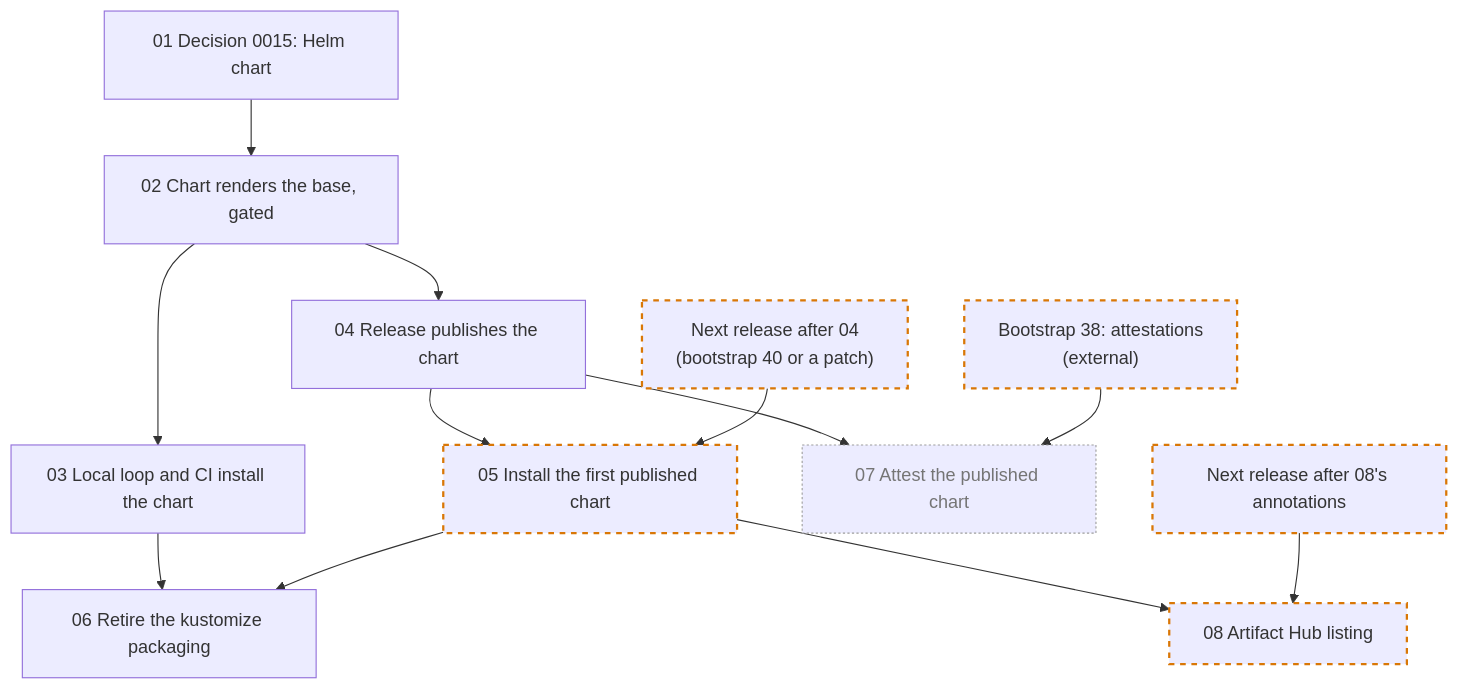
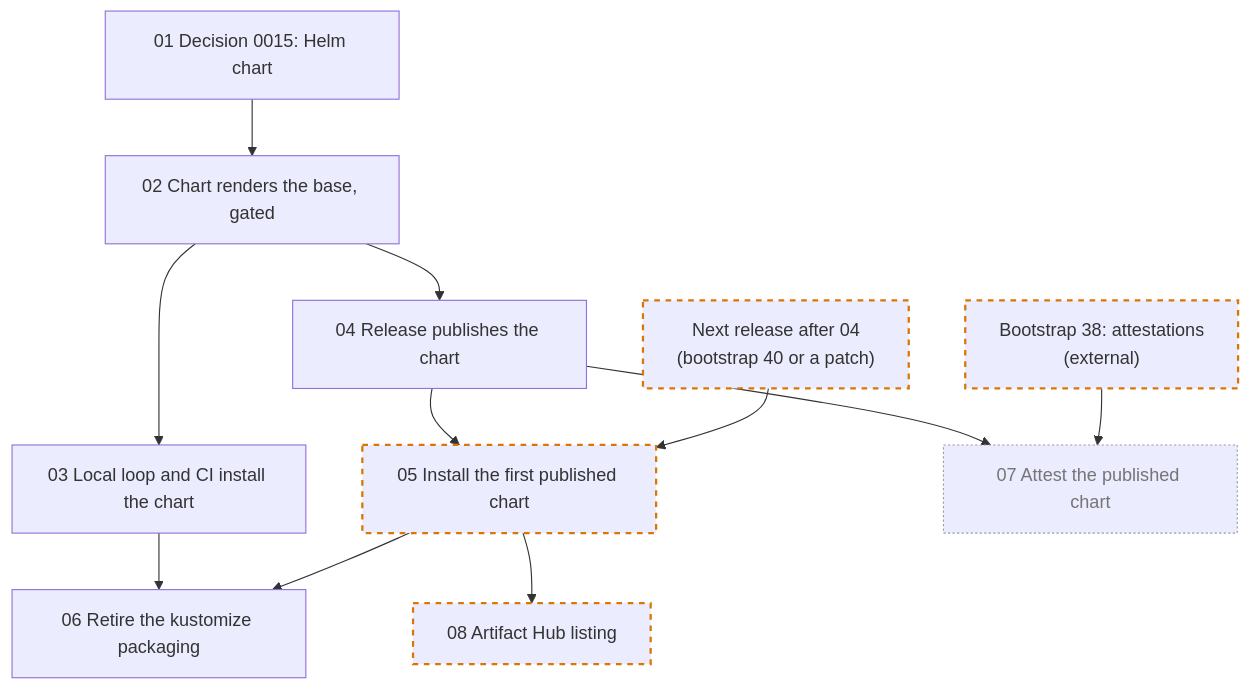
Before and after one commit to BiscuitBin/knarr: the diagram in .scratch/helm-chart/README.md, drawn with Mermaid. The commit also changed other lines of this file and 3 other files, not shown here.

First line of the commit message:
Answer the Copilot review of the Helm chart tickets

````diff
--- a/.scratch/helm-chart/README.md
+++ b/.scratch/helm-chart/README.md
@@ -7,29 +7,27 @@
 ```mermaid
 flowchart TD
     H01["01 Decision 0015: Helm chart"]
     H02["02 Chart renders the base, gated"]
     H03["03 Local loop and CI install the chart"]
     H04["04 Release publishes the chart"]
     H05["05 Install the first published chart"]:::human
     H06["06 Retire the kustomize packaging"]
     H07["07 Attest the published chart"]:::offpath
     H08["08 Artifact Hub listing"]:::human
     REL["Next release after 04<br/>(bootstrap 40 or a patch)"]:::human
     B38["Bootstrap 38: attestations<br/>(external)"]:::human
-    REL08["Next release after 08's annotations"]:::human
 
     H01 --> H02
     H02 --> H03
     H02 --> H04
     H04 --> H05
     REL --> H05
     H03 --> H06
     H05 --> H06
     H04 --> H07
     B38 --> H07
     H05 --> H08
-    REL08 --> H08
 
     classDef human stroke:#d97706,stroke-width:2px,stroke-dasharray:5 5
     classDef offpath stroke:#9e9e9e,stroke-dasharray:2 2,color:#757575
 ```
````
